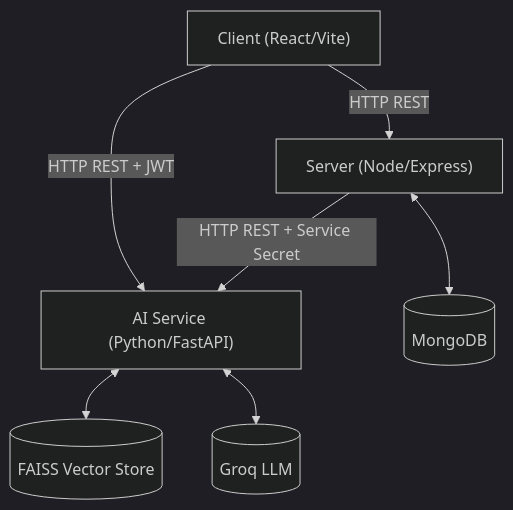
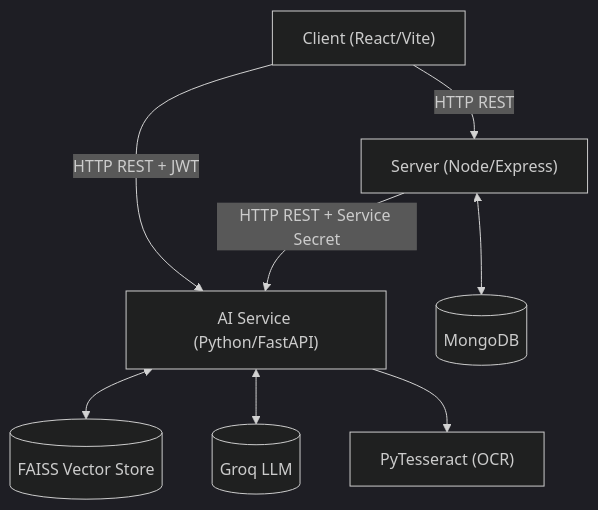
The diagram in README.md (New2disW/expense-ai-tracker), drawn with Mermaid (dark theme) before and after one commit. The commit also changed other lines of this file, not shown here.

Commit message:
Update README with PyTesseract and Docker Compose local setup instructions

````diff
--- a/README.md
+++ b/README.md
@@ -9,9 +9,10 @@
 ```mermaid
 graph TD
     Client["Client (React/Vite)"] -->|"HTTP REST"| Server["Server (Node/Express)"]
     Client -->|"HTTP REST + JWT"| AIService["AI Service (Python/FastAPI)"]
     Server -->|"HTTP REST + Service Secret"| AIService
     Server <--> MongoDB[("MongoDB")]
     AIService <--> FAISS[("FAISS Vector Store")]
     AIService <--> Groq[("Groq LLM")]
+    AIService --> PyTesseract["PyTesseract (OCR)"]
 ```
````
